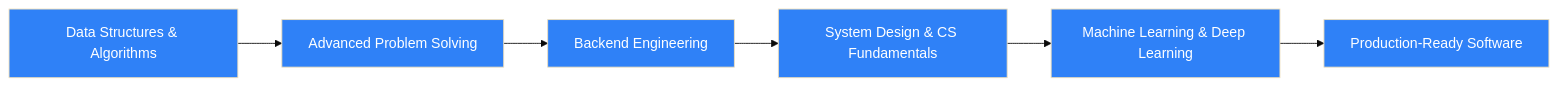
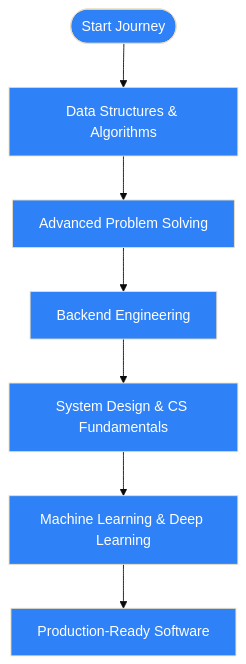
The diagram in README.md (aman-singh-negi/aman-singh-negi), drawn with Mermaid (base theme) before and after one commit. The commit also changed other lines of this file, not shown here.

First line of the commit message:
feat: improve achievements section and learning journey timeline

````diff
--- a/README.md
+++ b/README.md
@@ -144,15 +163,17 @@
 ```mermaid
-graph LR
-    A[Data Structures & Algorithms] --> B[Advanced Problem Solving]
-    B --> C[Backend Engineering]
-    C --> D[System Design & CS Fundamentals]
-    D --> E[Machine Learning & Deep Learning]
-    E --> F[Production-Ready Software]
+flowchart TD
+    Start([Start Journey]) --> DSA[Data Structures & Algorithms]
+    DSA --> Problem[Advanced Problem Solving]
+    Problem --> Backend[Backend Engineering]
+    Backend --> Design[System Design & CS Fundamentals]
+    Design --> ML[Machine Learning & Deep Learning]
+    ML --> Production[Production-Ready Software]
     
-    style A fill:#2F81F7,color:#fff
-    style B fill:#2F81F7,color:#fff
-    style C fill:#2F81F7,color:#fff
-    style D fill:#2F81F7,color:#fff
-    style E fill:#2F81F7,color:#fff
-    style F fill:#2F81F7,color:#fff
+    style Start fill:#2F81F7,color:#fff
+    style DSA fill:#2F81F7,color:#fff
+    style Problem fill:#2F81F7,color:#fff
+    style Backend fill:#2F81F7,color:#fff
+    style Design fill:#2F81F7,color:#fff
+    style ML fill:#2F81F7,color:#fff
+    style Production fill:#2F81F7,color:#fff
 ```
````
